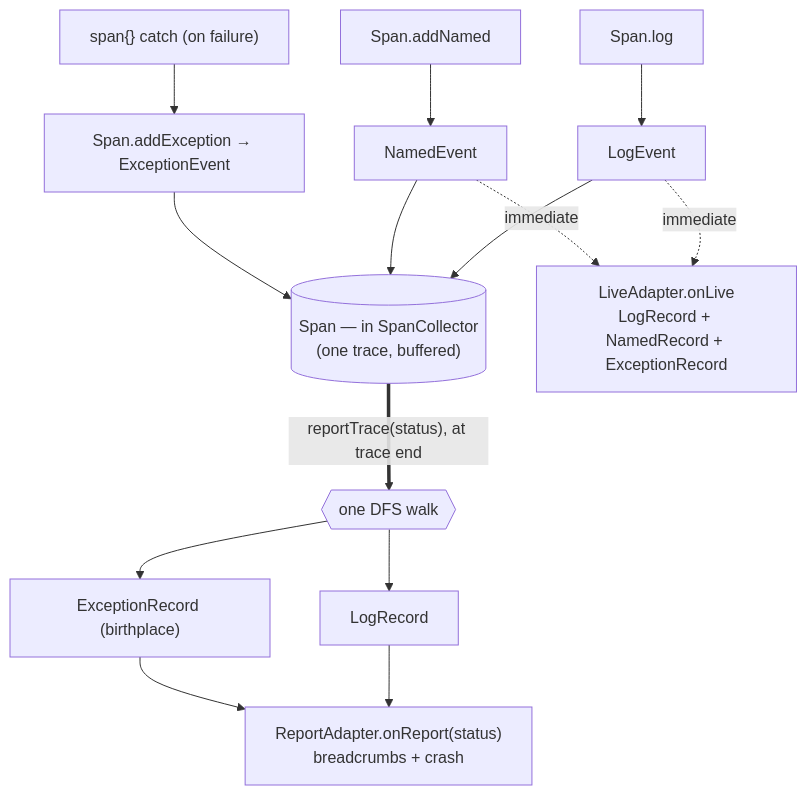
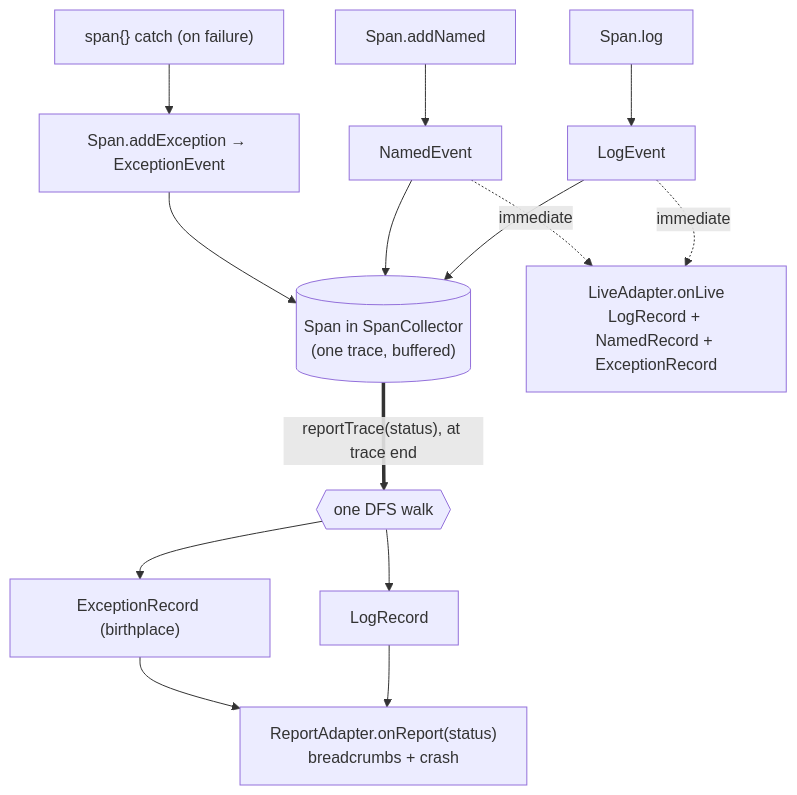
The first of 3 diagrams in ARCHITECTURE.md (Kotrace/kotrace), drawn with Mermaid before and after one commit. The commit also changed other lines of this file and 41 other files, not shown here.

First line of the commit message:
docs: ADR-031 to ADR-037, and the architecture, backlog and benchmark docs to the current state

````diff
--- a/ARCHITECTURE.md
+++ b/ARCHITECTURE.md
@@ -31,22 +31,22 @@
 ```mermaid
 flowchart TD
   logSpan["Span.log"] --> LE["LogEvent"]
   addEvent["Span.addNamed"] --> NE["NamedEvent"]
   catch["span{} catch (on failure)"] --> ERR["Span.addException → ExceptionEvent"]
 
-  LE --> SP[("Span — in SpanCollector<br/>(one trace, buffered)")]
+  LE --> SP[("Span in SpanCollector<br/>(one trace, buffered)")]
   NE --> SP
   ERR --> SP
 
   LE -.->|immediate| LIVE
   NE -.->|immediate| LIVE
 
   SP ==>|"reportTrace(status), at trace end"| WALK{{"one DFS walk"}}
   WALK --> LR["LogRecord"]
   WALK --> XR["ExceptionRecord (birthplace)"]
 
   LIVE["LiveAdapter.onLive<br/>LogRecord + NamedRecord + ExceptionRecord"]
   LR --> REPORT
   XR --> REPORT
   REPORT["ReportAdapter.onReport(status)<br/>breadcrumbs + crash"]
 ```
````
